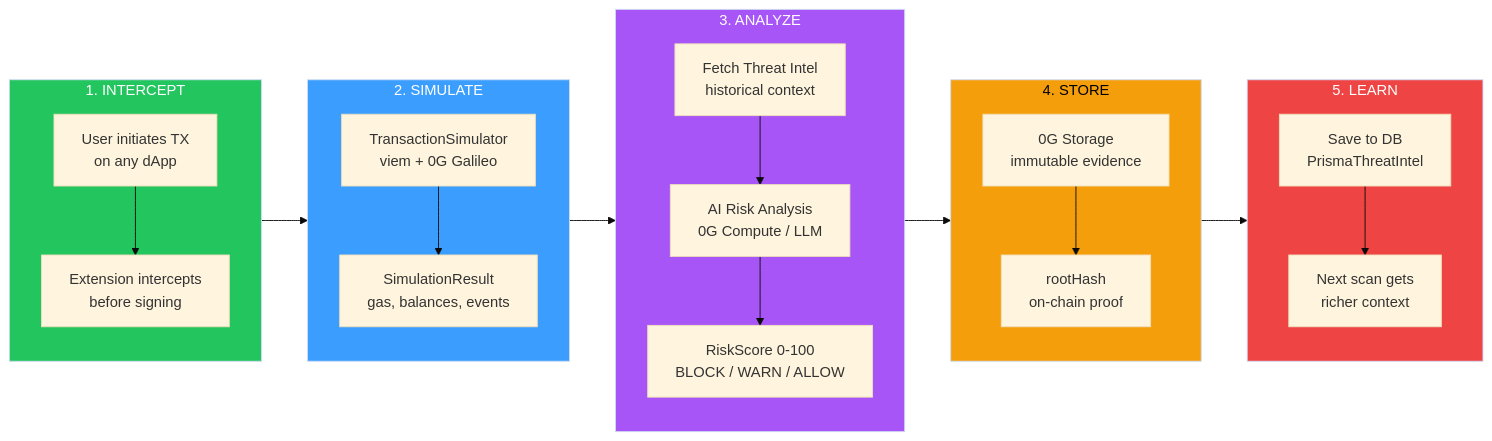
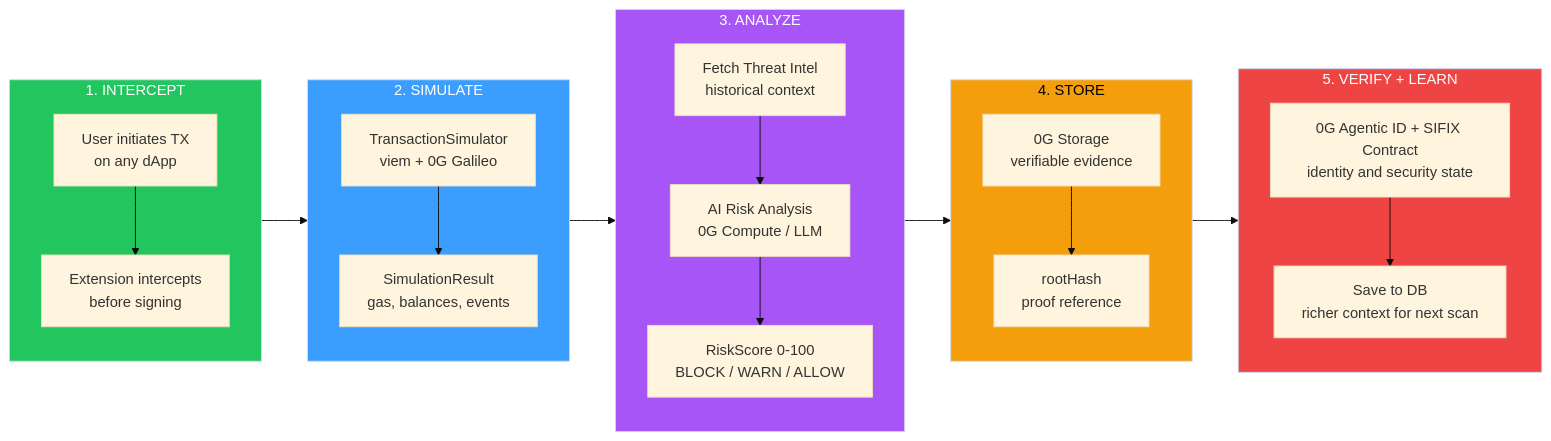
One commit to sifix-ai/.github changed the second of 3 diagrams in profile/README.md. Above: the diagram before and after it, drawn with Mermaid (base theme). The commit also changed other lines of this file, not shown here.

Commit message:
docs: sesuaikan profil SIFIX ke status proyek terkini

````diff
--- a/profile/README.md
+++ b/profile/README.md
@@ -148,30 +150,30 @@
 ```mermaid
 flowchart LR
     subgraph STEP1["1. INTERCEPT"]
         A1[User initiates TX<br/>on any dApp] --> A2[Extension intercepts<br/>before signing]
     end
 
     subgraph STEP2["2. SIMULATE"]
         B1[TransactionSimulator<br/>viem + 0G Galileo] --> B2[SimulationResult<br/>gas, balances, events]
     end
 
     subgraph STEP3["3. ANALYZE"]
         C1[Fetch Threat Intel<br/>historical context] --> C2[AI Risk Analysis<br/>0G Compute / LLM] --> C3[RiskScore 0-100<br/>BLOCK / WARN / ALLOW]
     end
 
     subgraph STEP4["4. STORE"]
-        D1[0G Storage<br/>immutable evidence] --> D2[rootHash<br/>on-chain proof]
+        D1[0G Storage<br/>verifiable evidence] --> D2[rootHash<br/>proof reference]
     end
 
-    subgraph STEP5["5. LEARN"]
-        E1[Save to DB<br/>PrismaThreatIntel] --> E2[Next scan gets<br/>richer context]
+    subgraph STEP5["5. VERIFY + LEARN"]
+        E1[0G Agentic ID + SIFIX Contract<br/>identity and security state] --> E2[Save to DB<br/>richer context for next scan]
     end
 
     STEP1 --> STEP2 --> STEP3 --> STEP4 --> STEP5
 
     style STEP1 fill:#22c55e,color:#fff
     style STEP2 fill:#3b9eff,color:#fff
     style STEP3 fill:#a855f7,color:#fff
     style STEP4 fill:#f59e0b,color:#000
     style STEP5 fill:#ef4444,color:#fff
 ```
````
